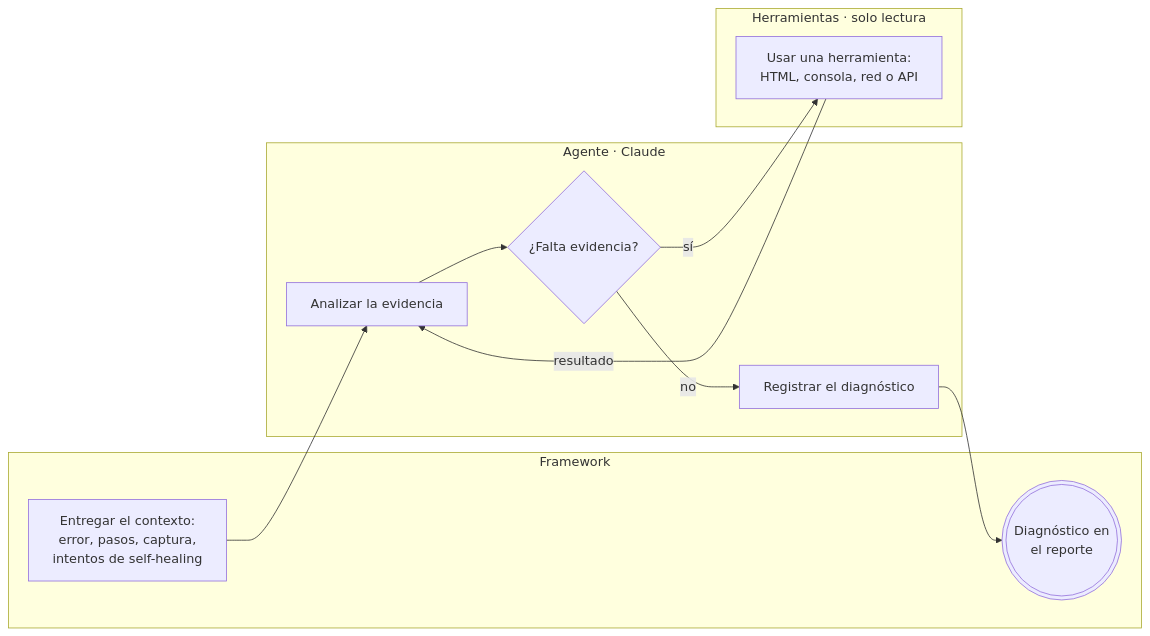
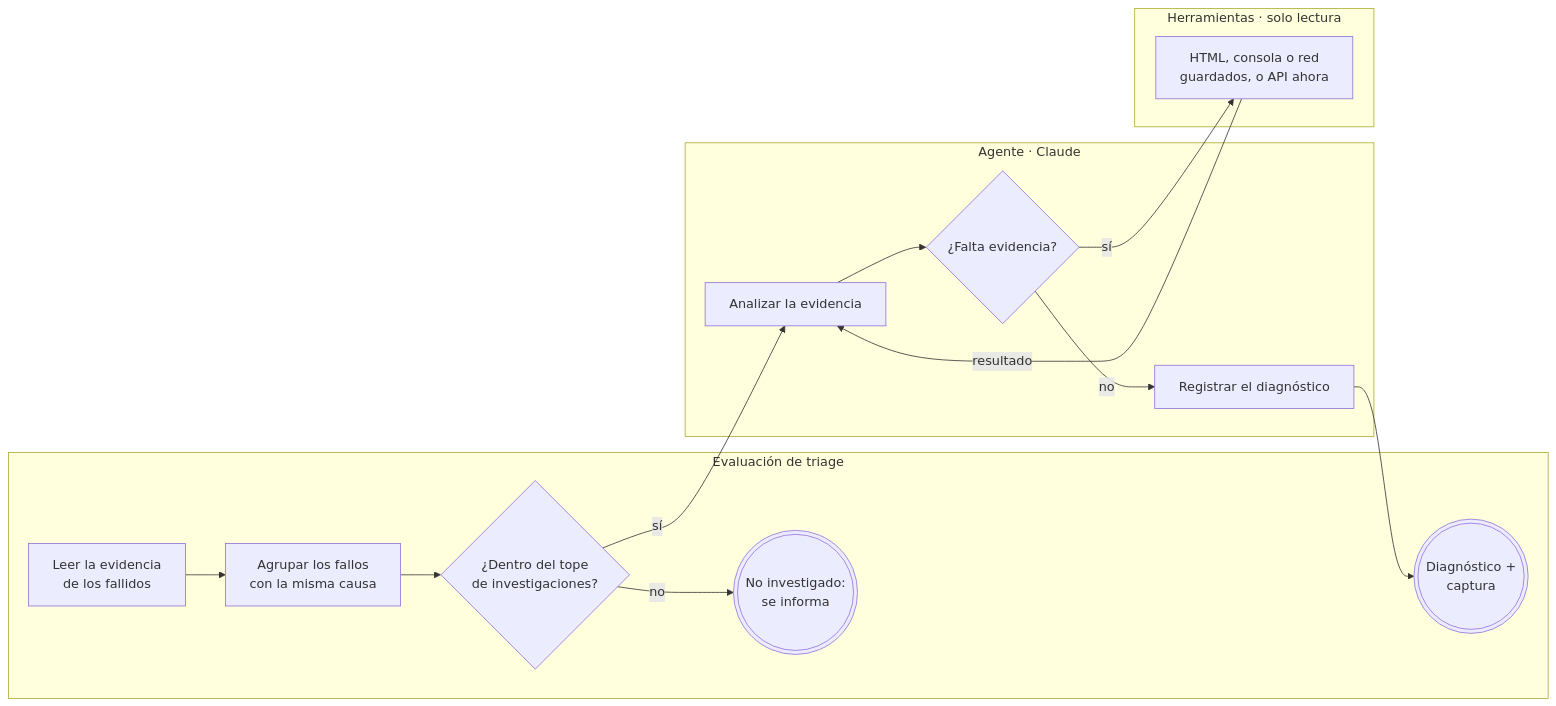
Before and after one commit to pgp-qa-automation-labs/poc-selenium-cucumber: the second of 4 diagrams in README.md, drawn with Mermaid. The commit also changed other lines of this file and 32 other files, not shown here.

First line of the commit message:
Pipeline modular de triage: evidencia, reintento, agrupación con tope y captura en los issues

````diff
--- a/README.md
+++ b/README.md
@@ -79,19 +87,24 @@
 ```mermaid
 flowchart LR
-    subgraph FW["Framework"]
-        CTX["Entregar el contexto:<br/>error, pasos, captura,<br/>intentos de self-healing"]
-        ADJ(((Diagnóstico en<br/>el reporte)))
+    subgraph EV["Evaluación de triage"]
+        LISTA["Leer la evidencia<br/>de los fallidos"]
+        GRUPO["Agrupar los fallos<br/>con la misma causa"]
+        TOPE{"¿Dentro del tope<br/>de investigaciones?"}
+        SKIP(((No investigado:<br/>se informa)))
+        ADJ(((Diagnóstico +<br/>captura)))
     end
     subgraph AG["Agente · Claude"]
         ANA["Analizar la evidencia"]
         FALTA{"¿Falta evidencia?"}
         DIAG["Registrar el diagnóstico"]
     end
     subgraph HE["Herramientas · solo lectura"]
-        TOOL["Usar una herramienta:<br/>HTML, consola, red o API"]
+        TOOL["HTML, consola o red<br/>guardados, o API ahora"]
     end
-    CTX --> ANA --> FALTA
+    LISTA --> GRUPO --> TOPE
+    TOPE -->|no| SKIP
+    TOPE -->|sí| ANA --> FALTA
     FALTA -->|sí| TOOL
     TOOL -->|resultado| ANA
     FALTA -->|no| DIAG --> ADJ
 ```
````
